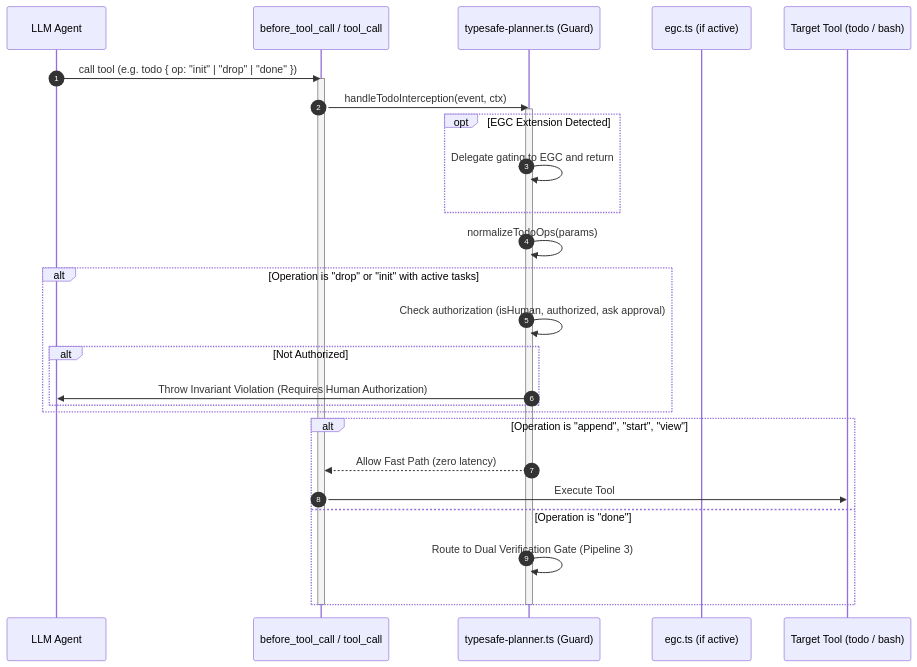
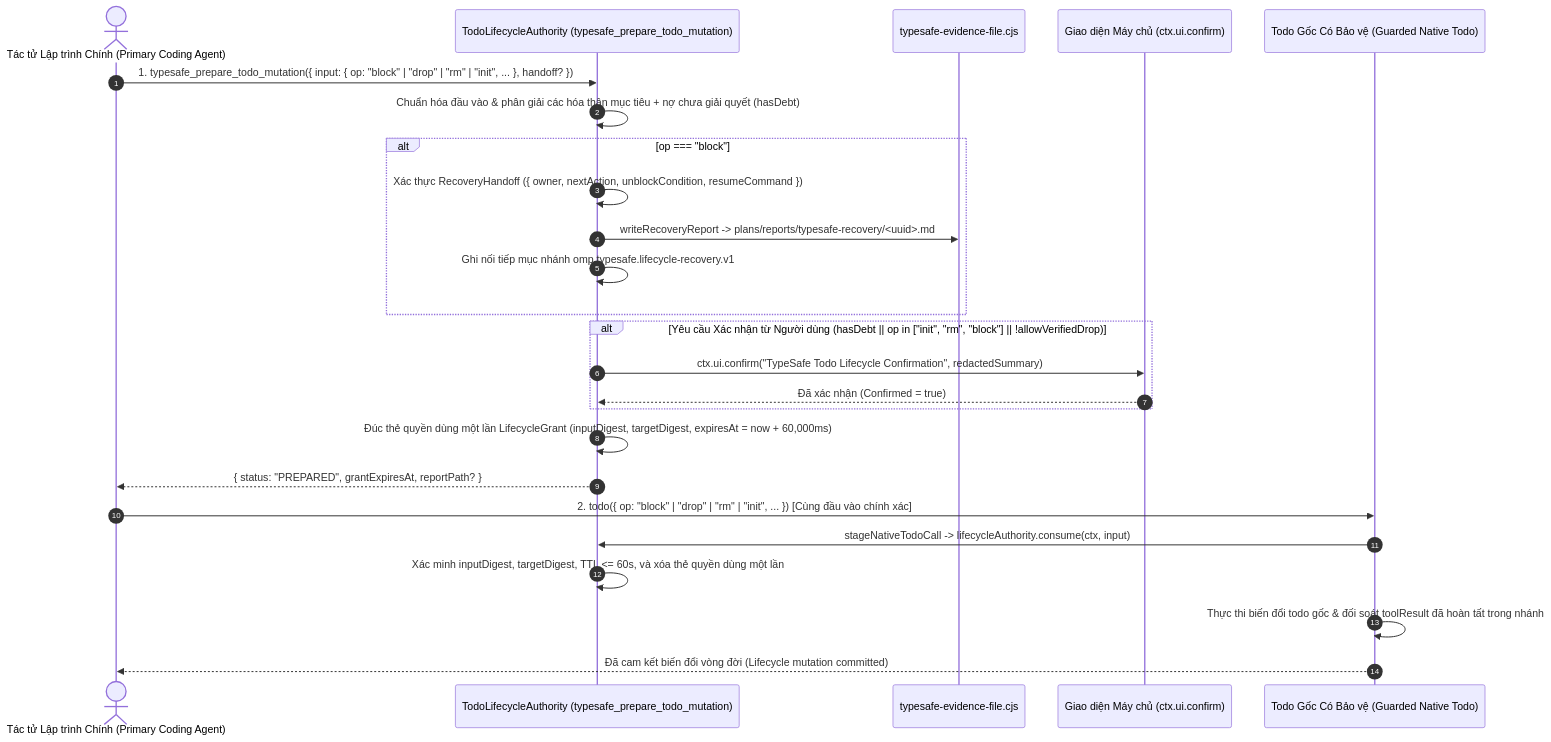
One commit to thanhnt-sm/omp_extension changed the fourth of 6 diagrams in docs/source-code-logic-flow.md. Above: the diagram before and after it, drawn with Mermaid. The commit also changed other lines of this file and 140 other files, not shown here.

````diff
--- a/docs/source-code-logic-flow.md
+++ b/docs/source-code-logic-flow.md
@@ -72,36 +195,32 @@
 ```mermaid
 sequenceDiagram
     autonumber
-    participant Agent as LLM Agent
-    participant Hook as before_tool_call / tool_call
-    participant Guard as typesafe-planner.ts (Guard)
-    participant EGC as egc.ts (if active)
-    participant Tool as Target Tool (todo / bash)
+    actor Agent as Tác tử Lập trình Chính (Primary Coding Agent)
+    participant TLA as TodoLifecycleAuthority (typesafe_prepare_todo_mutation)
+    participant File as typesafe-evidence-file.cjs
+    participant UI as Giao diện Máy chủ (ctx.ui.confirm)
+    participant Todo as Todo Gốc Có Bảo vệ (Guarded Native Todo)
 
-    Agent->>Hook: call tool (e.g. todo { op: "init" | "drop" | "done" })
-    activate Hook
-    Hook->>Guard: handleTodoInterception(event, ctx)
-    activate Guard
+    Agent->>TLA: 1. typesafe_prepare_todo_mutation({ input: { op: "block" | "drop" | "rm" | "init", ... }, handoff? })
+    TLA->>TLA: Chuẩn hóa đầu vào & phân giải các hóa thân mục tiêu + nợ chưa giải quyết (hasDebt)
 
-    opt EGC Extension Detected
-        Guard->>Guard: Delegate gating to EGC and return
+    alt op === "block"
+        TLA->>TLA: Xác thực RecoveryHandoff ({ owner, nextAction, unblockCondition, resumeCommand })
+        TLA->>File: writeRecoveryReport -> plans/reports/typesafe-recovery/<uuid>.md
+        TLA->>TLA: Ghi nối tiếp mục nhánh omp.typesafe.lifecycle-recovery.v1
     end
 
-    Guard->>Guard: normalizeTodoOps(params)
-
-    alt Operation is "drop" or "init" with active tasks
-        Guard->>Guard: Check authorization (isHuman, authorized, ask approval)
-        alt Not Authorized
-            Guard->>Agent: Throw Invariant Violation (Requires Human Authorization)
-        end
+    alt Yêu cầu Xác nhận từ Người dùng (hasDebt || op in ["init", "rm", "block"] || !allowVerifiedDrop)
+        TLA->>UI: ctx.ui.confirm("TypeSafe Todo Lifecycle Confirmation", redactedSummary)
+        UI-->>TLA: Đã xác nhận (Confirmed = true)
     end
 
-    alt Operation is "append", "start", "view"
-        Guard-->>Hook: Allow Fast Path (zero latency)
-        Hook->>Tool: Execute Tool
-    else Operation is "done"
-        Guard->>Guard: Route to Dual Verification Gate (Pipeline 3)
-    end
-    deactivate Guard
-    deactivate Hook
+    TLA->>TLA: Đúc thẻ quyền dùng một lần LifecycleGrant (inputDigest, targetDigest, expiresAt = now + 60,000ms)
+    TLA-->>Agent: { status: "PREPARED", grantExpiresAt, reportPath? }
+
+    Agent->>Todo: 2. todo({ op: "block" | "drop" | "rm" | "init", ... }) [Cùng đầu vào chính xác]
+    Todo->>TLA: stageNativeTodoCall -> lifecycleAuthority.consume(ctx, input)
+    TLA->>TLA: Xác minh inputDigest, targetDigest, TTL <= 60s, và xóa thẻ quyền dùng một lần
+    Todo->>Todo: Thực thi biến đổi todo gốc & đối soát toolResult đã hoàn tất trong nhánh
+    Todo-->>Agent: Đã cam kết biến đổi vòng đời (Lifecycle mutation committed)
 ```
````
